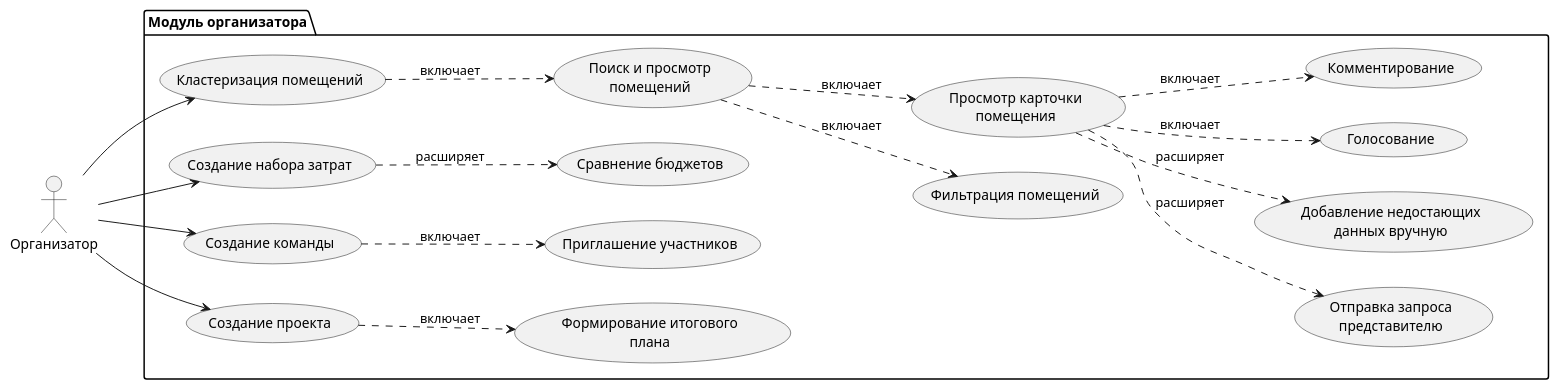
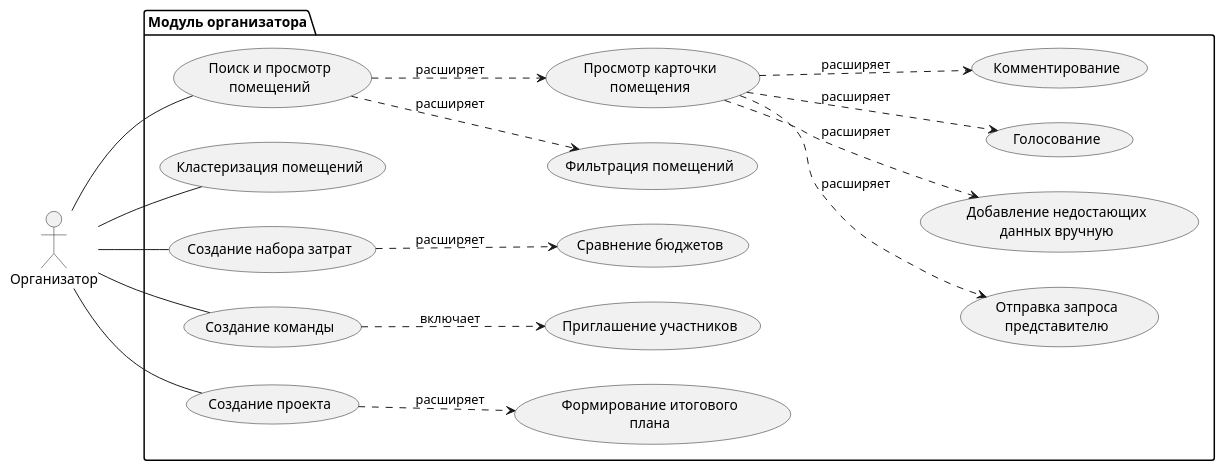
One commit to MariaSkur/SoftwereArcitectureHSE changed the first of 2 diagrams in Lab Work №1/docs/report.md. Above: the diagram before and after it, drawn with PlantUML. The commit also changed other lines of this file, not shown here.

````diff
--- a/Lab Work №1/docs/report.md
+++ b/Lab Work №1/docs/report.md
@@ -81,47 +82,47 @@
 ```plantuml
 @startuml
 
 left to right direction
 
 actor "Организатор" as org
 
 package "Модуль организатора" {
   usecase UC1 as "Поиск и просмотр\nпомещений"
   usecase UC2 as "Фильтрация помещений"
   usecase UC3 as "Просмотр карточки\nпомещения"
   usecase UC4 as "Отправка запроса\nпредставителю"
   usecase UC5 as "Добавление недостающих\nданных вручную"
   usecase UC6 as "Кластеризация помещений"
   usecase UC7 as "Создание набора затрат"
   usecase UC8 as "Сравнение бюджетов"
   usecase UC9 as "Создание команды"
   usecase UC10 as "Приглашение участников"
   usecase UC11 as "Голосование"
   usecase UC12 as "Комментирование"
   usecase UC13 as "Создание проекта"
   usecase UC14 as "Формирование итогового\nплана"
 
-  UC1 ..> UC2 : включает
-  UC1 ..> UC3 : включает
+  UC1 ..> UC2 : расширяет
+  UC1 ..> UC3 : расширяет
   UC3 ..> UC4 : расширяет
   UC3 ..> UC5 : расширяет
 
-  UC6 ..> UC1 : включает
   UC7 ..> UC8 : расширяет
 
   UC9 ..> UC10 : включает
-  UC3 ..> UC11 : включает
-  UC3 ..> UC12 : включает
+  UC3 ..> UC11 : расширяет
+  UC3 ..> UC12 : расширяет
 
-  UC13 ..> UC14 : включает
+  UC13 ..> UC14 : расширяет
 }
 
 
-org --> UC6
-org --> UC7
-org --> UC9
-org --> UC13
+org -- UC6
+org -- UC7
+org -- UC9
+org -- UC13
+org -- UC1
 
 
 @enduml
 ```
````
